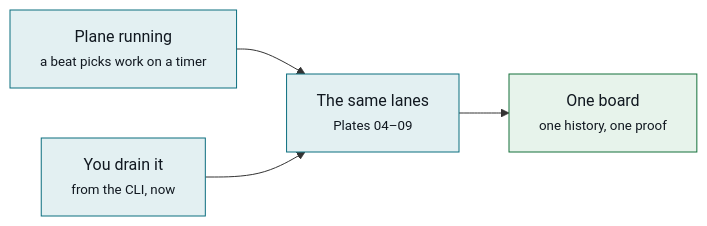
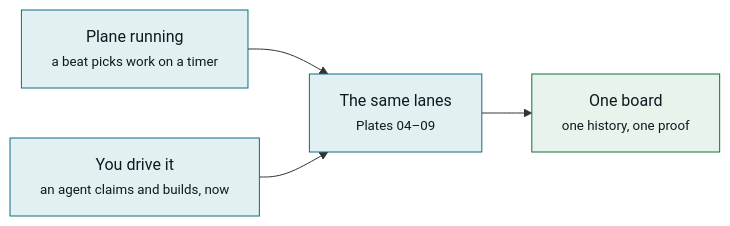
Before and after one commit to MrChikns/loopkit: diagram 11 of 11 in docs/plane-flows.md, drawn with Mermaid. The commit also changed other lines of this file and 27 other files, not shown here.

````diff
--- a/docs/plane-flows.md
+++ b/docs/plane-flows.md
@@ -578,11 +578,11 @@
 ```mermaid
 flowchart LR
   T1["Plane running<br/><small>a beat picks work on a timer</small>"] --> ONE["The same lanes<br/><small>Plates 04–09</small>"]
-  T2["You drain it<br/><small>from the CLI, now</small>"] --> ONE
+  T2["You drive it<br/><small>an agent claims and builds, now</small>"] --> ONE
   ONE --> BOARD["One board<br/><small>one history, one proof</small>"]
 
   classDef step fill:#E3F0F2,stroke:#0B6E7F,color:#111820
   classDef pass fill:#E7F3EB,stroke:#14713A,color:#111820
   class T1,T2,ONE step
   class BOARD pass
 ```
````
